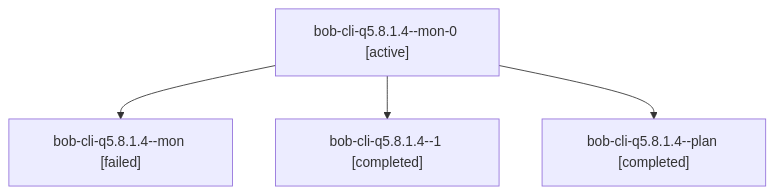
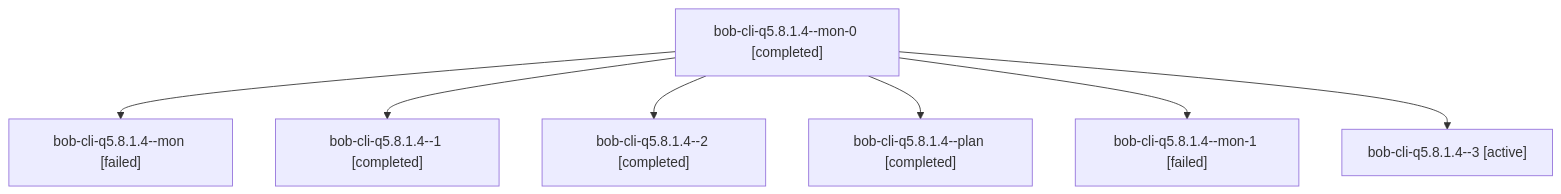
The diagram in sessions/bbugyi200.athena.bob-cli-q5.8.1.4.md (bobs-org/bob-cli--agents), drawn with Mermaid before and after one commit. The commit also changed other lines of this file and 246 other files, not shown here.

````diff
--- a/sessions/bbugyi200.athena.bob-cli-q5.8.1.4.md
+++ b/sessions/bbugyi200.athena.bob-cli-q5.8.1.4.md
@@ -9,10 +9,16 @@
 ```mermaid
 flowchart TD
-  n0["bob-cli-q5.8.1.4--mon-0 [active]"]
+  n0["bob-cli-q5.8.1.4--mon-0 [completed]"]
   n1["bob-cli-q5.8.1.4--mon [failed]"]
   n0 --> n1
   n2["bob-cli-q5.8.1.4--1 [completed]"]
   n0 --> n2
-  n3["bob-cli-q5.8.1.4--plan [completed]"]
+  n3["bob-cli-q5.8.1.4--2 [completed]"]
   n0 --> n3
+  n4["bob-cli-q5.8.1.4--plan [completed]"]
+  n0 --> n4
+  n5["bob-cli-q5.8.1.4--mon-1 [failed]"]
+  n0 --> n5
+  n6["bob-cli-q5.8.1.4--3 [active]"]
+  n0 --> n6
 ```
````
